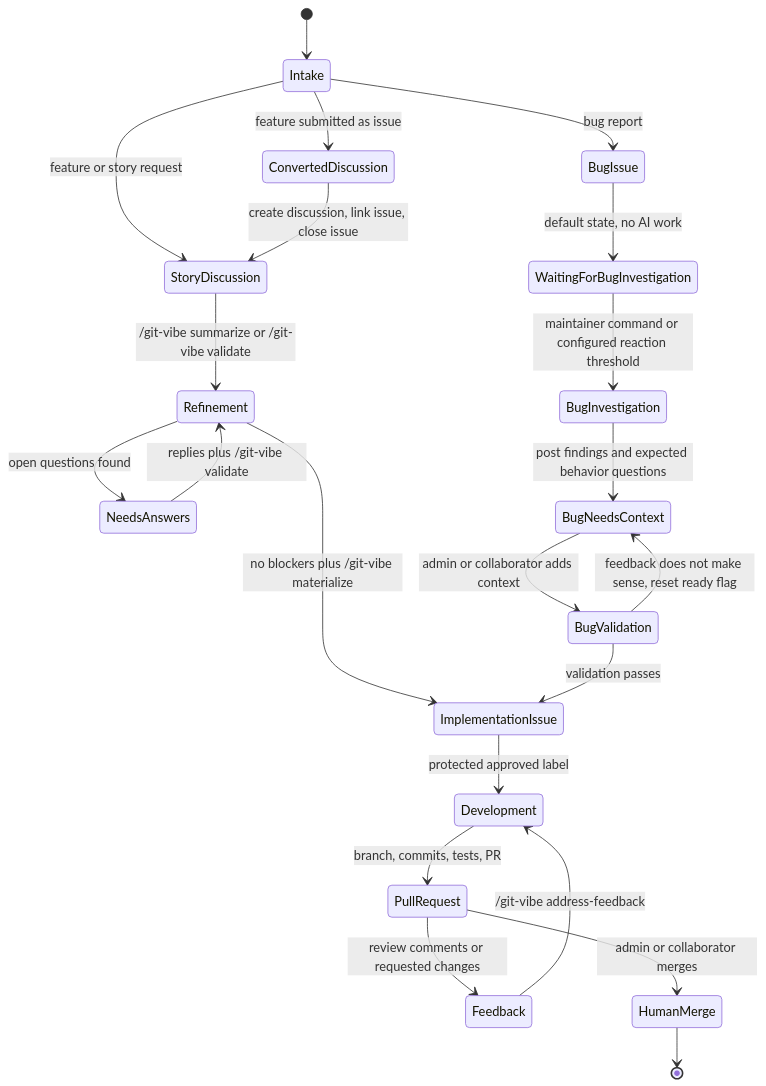
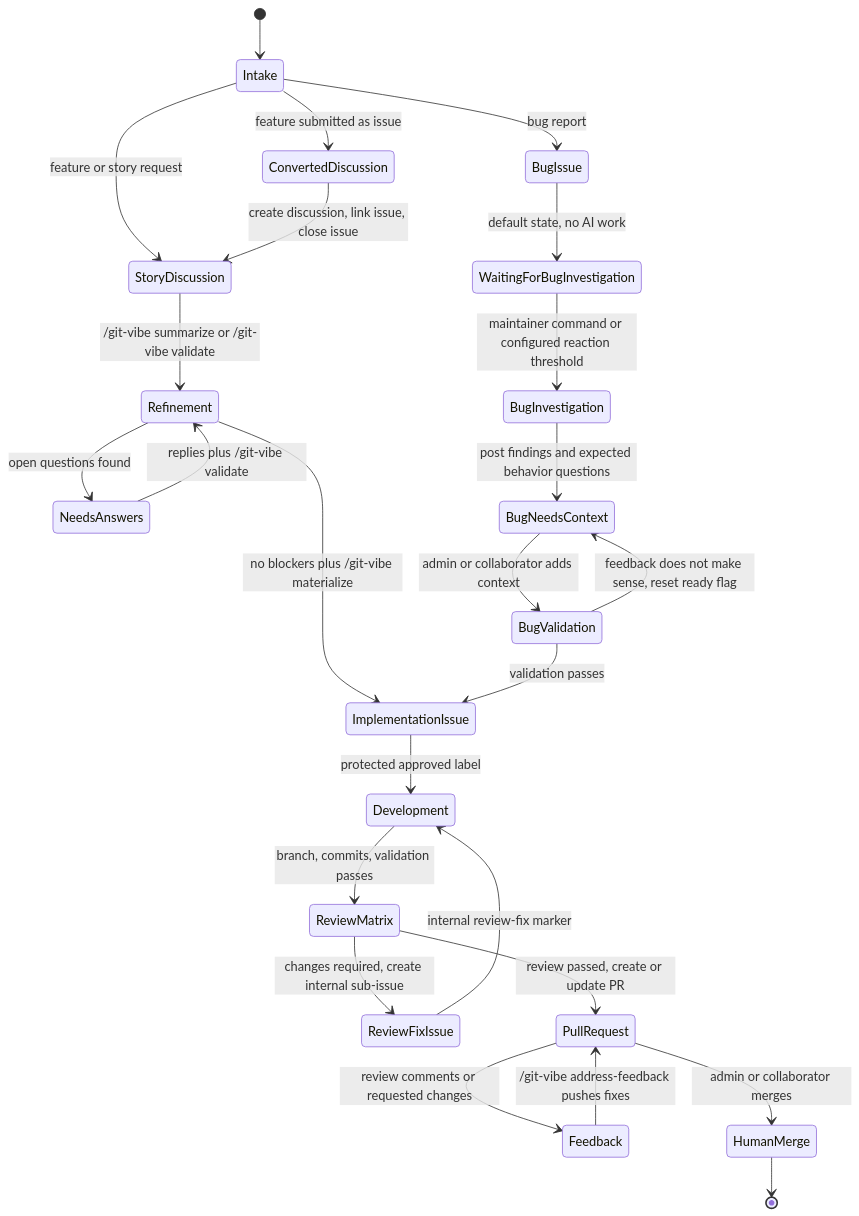
Before and after one commit to markhuangai/git-vibe: the first of 5 diagrams in docs/WORKFLOW.md, drawn with Mermaid. The commit also changed other lines of this file and 41 other files, not shown here.

````diff
--- a/docs/WORKFLOW.md
+++ b/docs/WORKFLOW.md
@@ -5,31 +5,34 @@
 ```mermaid
 stateDiagram-v2
   [*] --> Intake
 
   Intake --> BugIssue: bug report
   Intake --> StoryDiscussion: feature or story request
 
   Intake --> ConvertedDiscussion: feature submitted as issue
   ConvertedDiscussion --> StoryDiscussion: create discussion, link issue, close issue
 
   StoryDiscussion --> Refinement: /git-vibe summarize or /git-vibe validate
   Refinement --> NeedsAnswers: open questions found
   NeedsAnswers --> Refinement: replies plus /git-vibe validate
   Refinement --> ImplementationIssue: no blockers plus /git-vibe materialize
 
   BugIssue --> WaitingForBugInvestigation: default state, no AI work
   WaitingForBugInvestigation --> BugInvestigation: maintainer command or configured reaction threshold
   BugInvestigation --> BugNeedsContext: post findings and expected behavior questions
   BugNeedsContext --> BugValidation: admin or collaborator adds context
   BugValidation --> BugNeedsContext: feedback does not make sense, reset ready flag
   BugValidation --> ImplementationIssue: validation passes
 
   ImplementationIssue --> Development: protected approved label
+  ReviewFixIssue --> Development: internal review-fix marker
 
-  Development --> PullRequest: branch, commits, tests, PR
+  Development --> ReviewMatrix: branch, commits, validation passes
+  ReviewMatrix --> ReviewFixIssue: changes required, create internal sub-issue
+  ReviewMatrix --> PullRequest: review passed, create or update PR
   PullRequest --> Feedback: review comments or requested changes
-  Feedback --> Development: /git-vibe address-feedback
+  Feedback --> PullRequest: /git-vibe address-feedback pushes fixes
   PullRequest --> HumanMerge: admin or collaborator merges
 
   HumanMerge --> [*]
 ```
````
